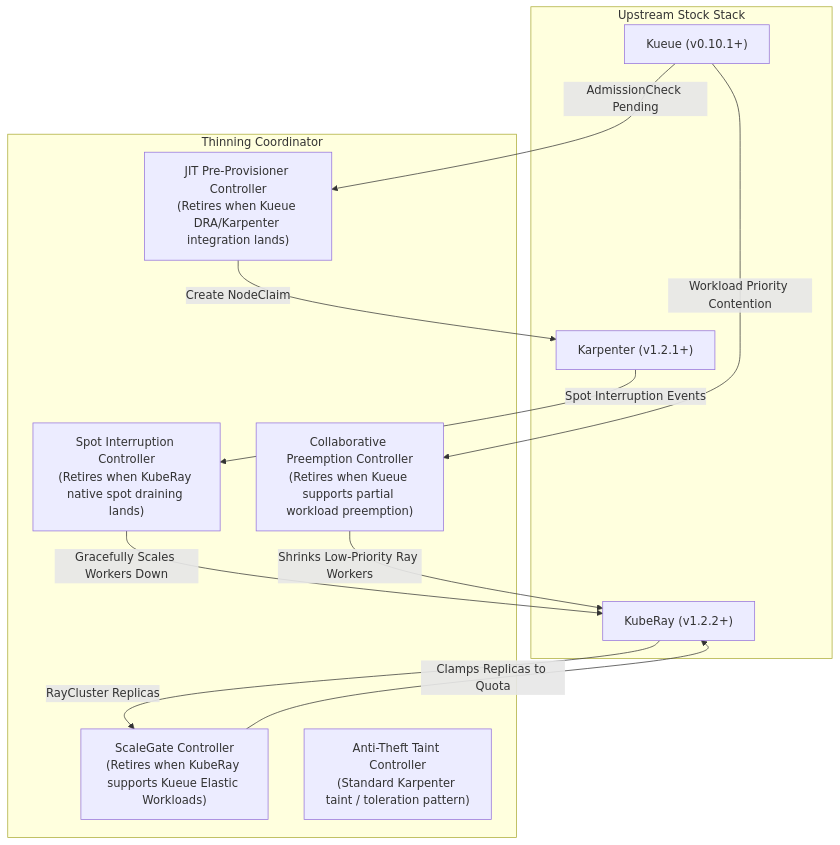
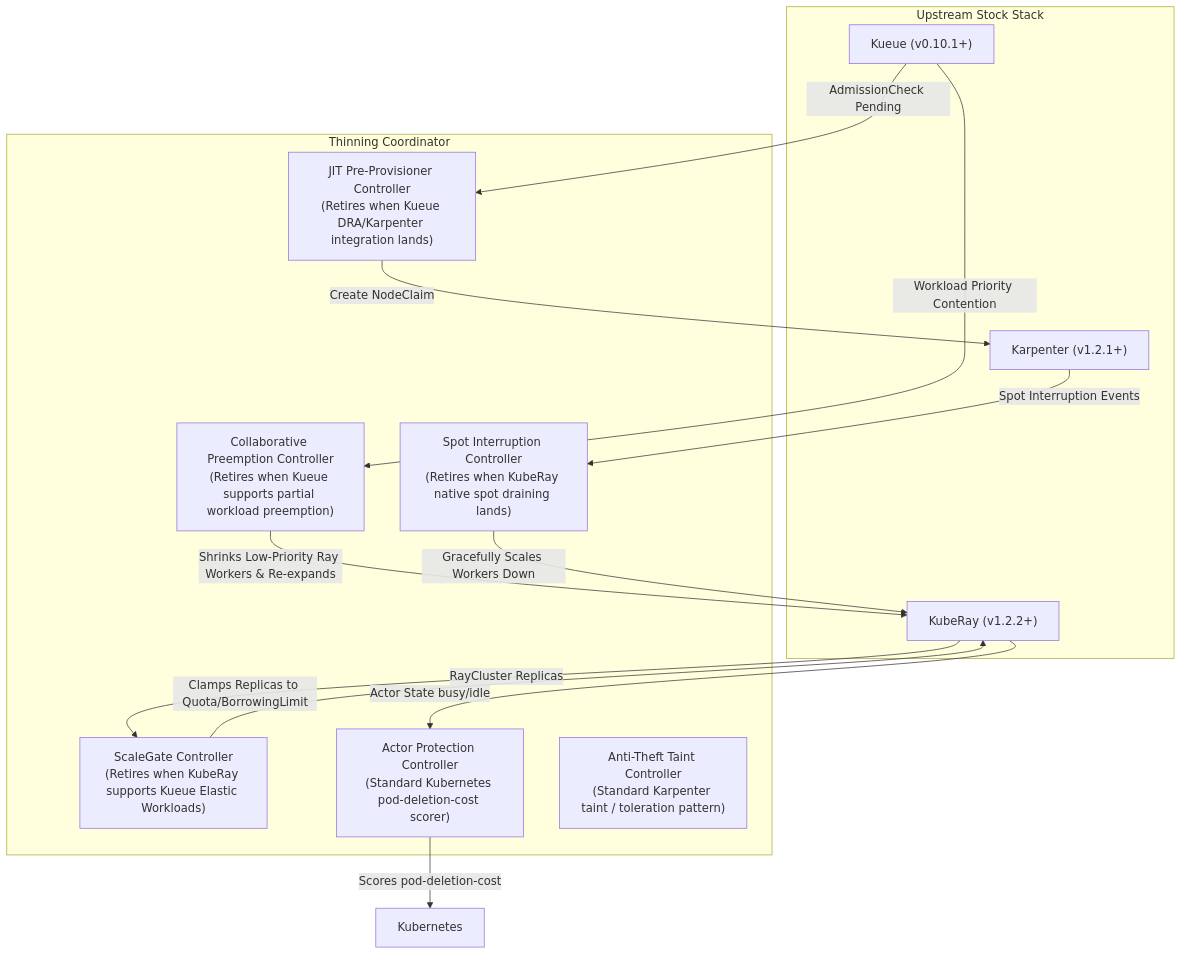
One commit to simonepri/elastic-kueue-kuberay-patches changed the diagram in README.md. Above: the diagram before and after it, drawn with Mermaid. The commit also changed other lines of this file and 28 other files, not shown here.

First line of the commit message:
feat: complete robust 9-scenario elastic scaling suite with actor protection, re-expansion, min-replicas and cohort reclaim

````diff
--- a/README.md
+++ b/README.md
@@ -23,25 +27,28 @@
 ```mermaid
 flowchart TD
     subgraph Upstream Stock Stack
         Karpenter["Karpenter (v1.2.1+)"]
         Kueue["Kueue (v0.10.1+)"]
         KubeRay["KubeRay (v1.2.2+)"]
     end
 
     subgraph Thinning Coordinator
         Preprovisioner["JIT Pre-Provisioner Controller\n(Retires when Kueue DRA/Karpenter integration lands)"]
         ScaleGate["ScaleGate Controller\n(Retires when KubeRay supports Kueue Elastic Workloads)"]
         Preemption["Collaborative Preemption Controller\n(Retires when Kueue supports partial workload preemption)"]
         SpotDrain["Spot Interruption Controller\n(Retires when KubeRay native spot draining lands)"]
+        ActorProtect["Actor Protection Controller\n(Standard Kubernetes pod-deletion-cost scorer)"]
         AntiTheft["Anti-Theft Taint Controller\n(Standard Karpenter taint / toleration pattern)"]
     end
 
     Kueue -->|AdmissionCheck Pending| Preprovisioner
     Preprovisioner -->|Create NodeClaim| Karpenter
     KubeRay -->|RayCluster Replicas| ScaleGate
-    ScaleGate -->|Clamps Replicas to Quota| KubeRay
+    ScaleGate -->|Clamps Replicas to Quota/BorrowingLimit| KubeRay
     Kueue -->|Workload Priority Contention| Preemption
-    Preemption -->|Shrinks Low-Priority Ray Workers| KubeRay
+    Preemption -->|Shrinks Low-Priority Ray Workers & Re-expands| KubeRay
     Karpenter -->|Spot Interruption Events| SpotDrain
     SpotDrain -->|Gracefully Scales Workers Down| KubeRay
+    KubeRay -->|Actor State busy/idle| ActorProtect
+    ActorProtect -->|Scores pod-deletion-cost| Kubernetes
 ```
````
